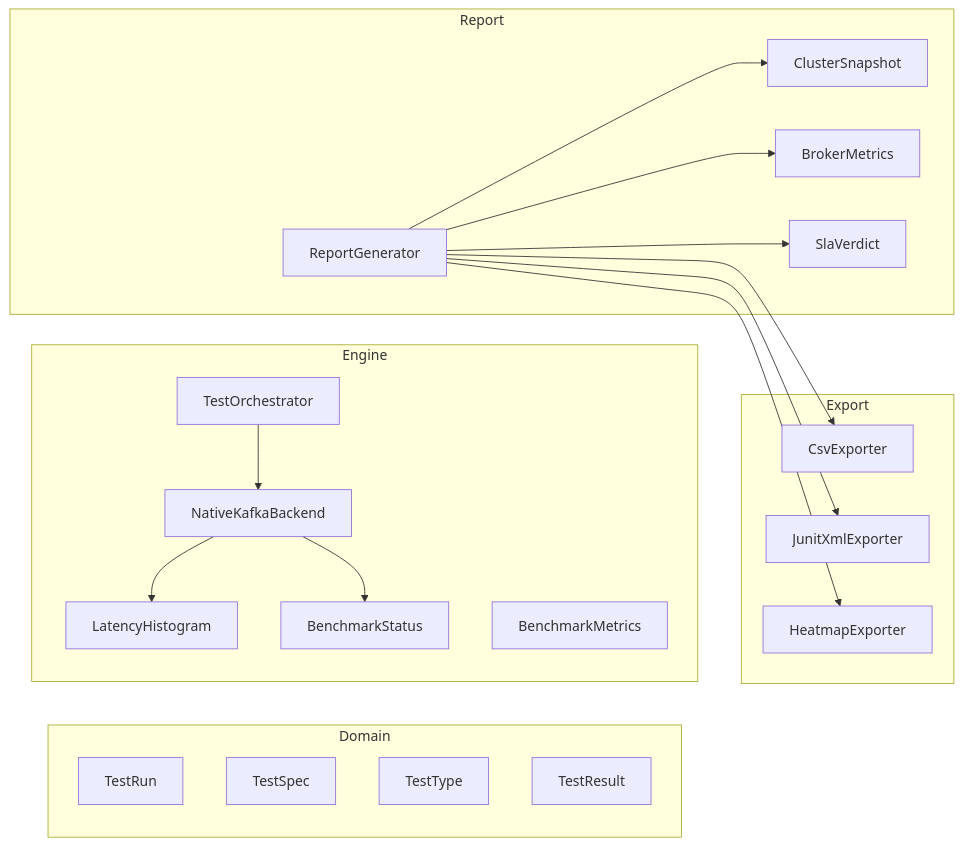
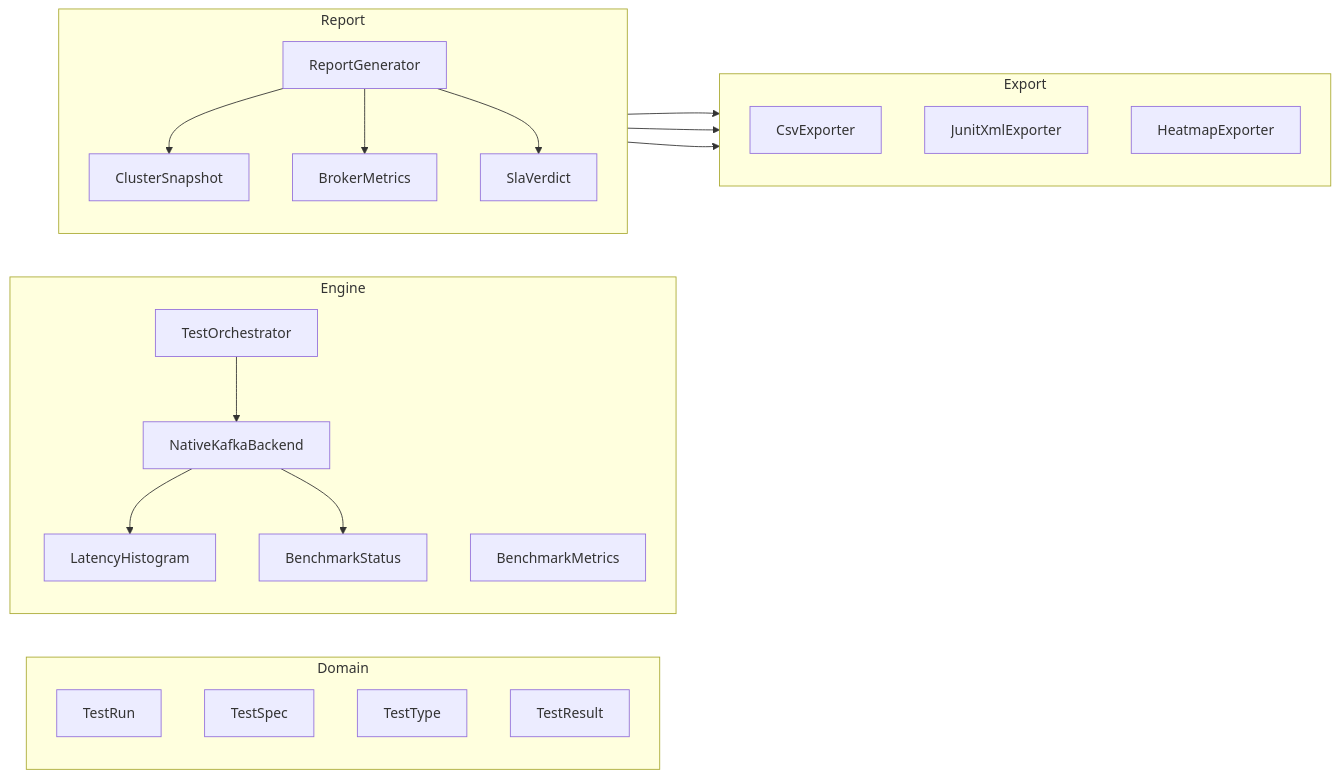
One commit to actions-marketplace-validations/bmscomp_kates changed the second of 8 diagrams in docs/book/02-architecture.md. Above: the diagram before and after it, drawn with Mermaid. The commit also changed other lines of this file and 27 other files, not shown here.

````diff
--- a/docs/book/02-architecture.md
+++ b/docs/book/02-architecture.md
@@ -73,40 +75,47 @@
 ```mermaid
+%%| label: fig-architecture-component-map
+%%| fig-cap: "Inside the Kates API, the orchestrator drives the benchmark backend and histogram, while the report generator assembles snapshots, SLA evaluations, and export formats."
+%%| fig-alt: "Flowchart in four groups: Domain (TestRun, TestSpec, TestType, TestResult), Engine (TestOrchestrator, NativeKafkaBackend, LatencyHistogram, BenchmarkStatus, BenchmarkMetrics), Report (ReportGenerator, ClusterSnapshot, BrokerMetrics, SlaVerdict), and Export (CsvExporter, JunitXmlExporter, HeatmapExporter). TestOrchestrator calls NativeKafkaBackend, which updates LatencyHistogram and BenchmarkStatus. ReportGenerator produces ClusterSnapshot, BrokerMetrics, and SlaVerdict, and feeds CsvExporter, JunitXmlExporter, and HeatmapExporter."
 graph LR
     subgraph Domain
+        direction TB
         TR[TestRun]
         TS[TestSpec]
         TT[TestType]
         TRes[TestResult]
     end
     
     subgraph Engine
+        direction TB
         TO[TestOrchestrator]
         NKB[NativeKafkaBackend]
         LH[LatencyHistogram]
         BS[BenchmarkStatus]
         BM[BenchmarkMetrics]
     end
     
     subgraph Report
+        direction TB
         RG[ReportGenerator]
         CS[ClusterSnapshot]
         BrokerM[BrokerMetrics]
         SLA[SlaVerdict]
     end
     
     subgraph Export
+        direction TB
         CSV[CsvExporter]
         JUnit[JunitXmlExporter]
         HM[HeatmapExporter]
     end
     
     TO --> NKB
     NKB --> LH
     NKB --> BS
     RG --> CS
     RG --> BrokerM
     RG --> SLA
     RG --> CSV
     RG --> JUnit
     RG --> HM
 ```
````
